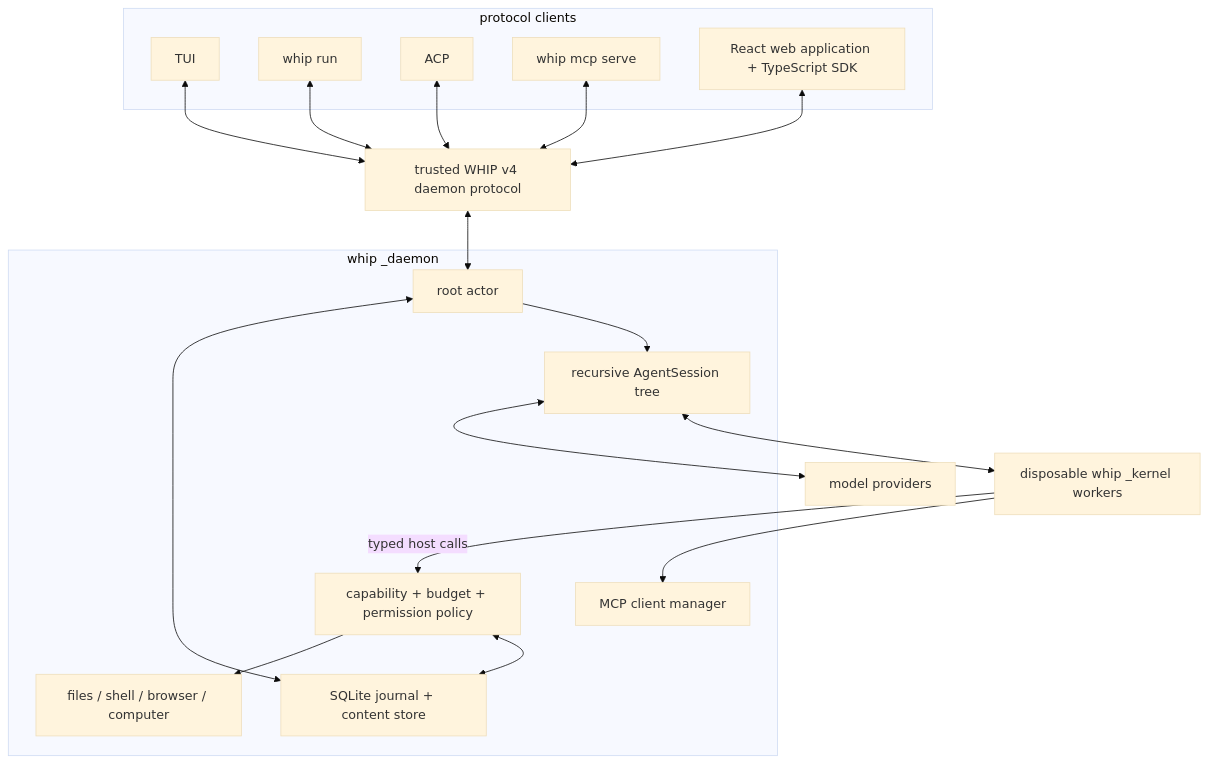
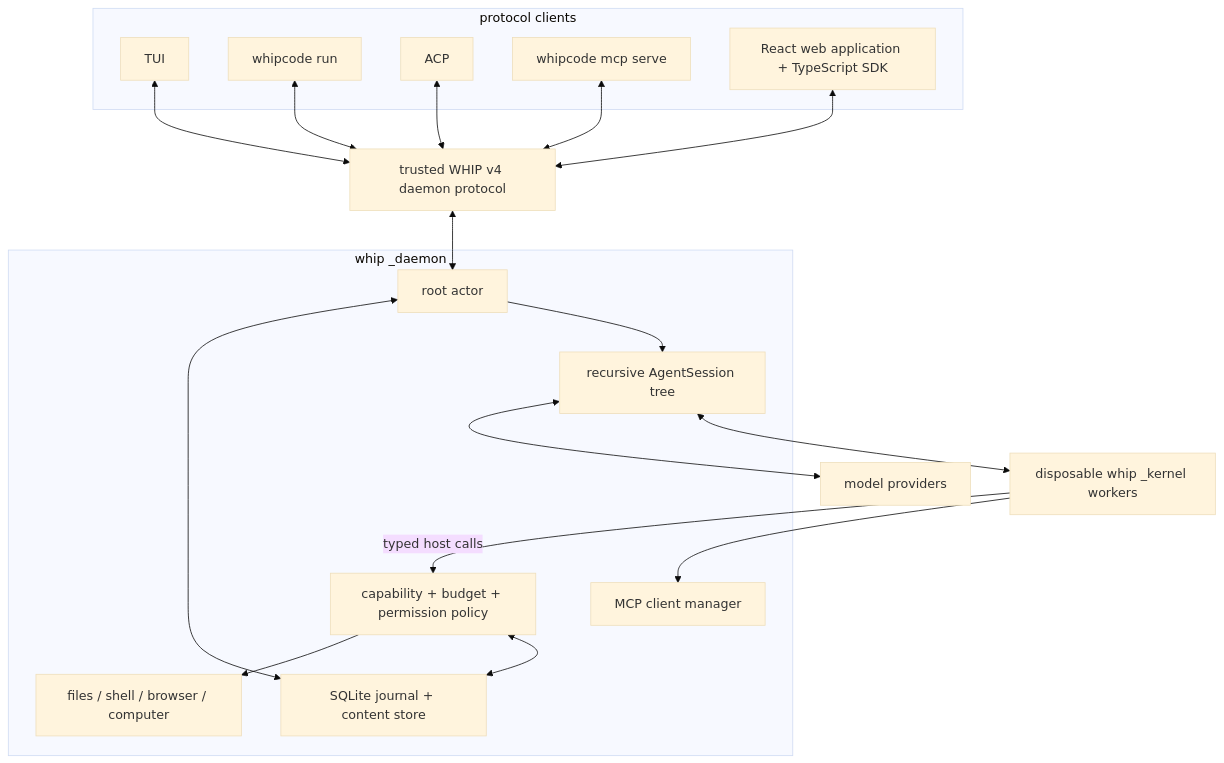
The first of 2 diagrams in docs/architecture.md (context-labs/whip), drawn with Mermaid (base theme) before and after one commit. The commit also changed other lines of this file and 271 other files, not shown here.

````diff
--- a/docs/architecture.md
+++ b/docs/architecture.md
@@ -19,34 +19,34 @@
 ```mermaid
 flowchart TB
     subgraph clients["protocol clients"]
         TUI["TUI"]
-        RUN["whip run"]
+        RUN["whipcode run"]
         ACP["ACP"]
-        BRIDGE["whip mcp serve"]
+        BRIDGE["whipcode mcp serve"]
         WEB["React web application + TypeScript SDK"]
     end
 
     RPC["trusted WHIP v4 daemon protocol"]
 
     subgraph daemon["whip _daemon"]
         ROOT["root actor"]
         TREE["recursive AgentSession tree"]
         POLICY["capability + budget + permission policy"]
         SERVICES["files / shell / browser / computer"]
         MCP["MCP client manager"]
         STORE["SQLite journal + content store"]
     end
 
     KERNELS["disposable whip _kernel workers"]
     MODELS["model providers"]
 
     TUI & RUN & ACP & BRIDGE & WEB <--> RPC <--> ROOT
     ROOT <--> STORE
     ROOT --> TREE
     TREE <--> MODELS
     TREE <--> KERNELS
     KERNELS -->|typed host calls| POLICY
     POLICY --> SERVICES
     KERNELS --> MCP
     POLICY <--> STORE
 ```
````
